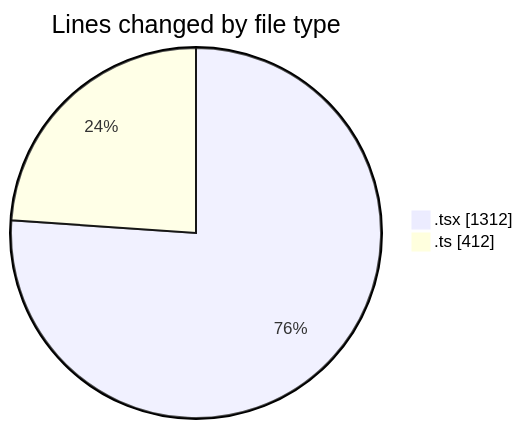
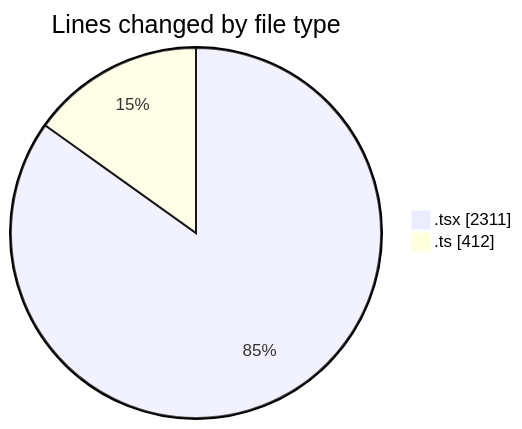
One commit to robertbonfada/code-tracking changed the first of 2 diagrams in 2025-03-17/audiobooks-web/README.md. Above: the diagram before and after it, drawn with Mermaid. The commit also changed other lines of this file and 1 other file, not shown here.

````diff
--- a/2025-03-17/audiobooks-web/README.md
+++ b/2025-03-17/audiobooks-web/README.md
@@ -30,6 +32,6 @@
 ```mermaid
 pie showData
 title Lines changed by file type
-".tsx" : 1312
+".tsx" : 2311
 ".ts" : 412
 ```
````
